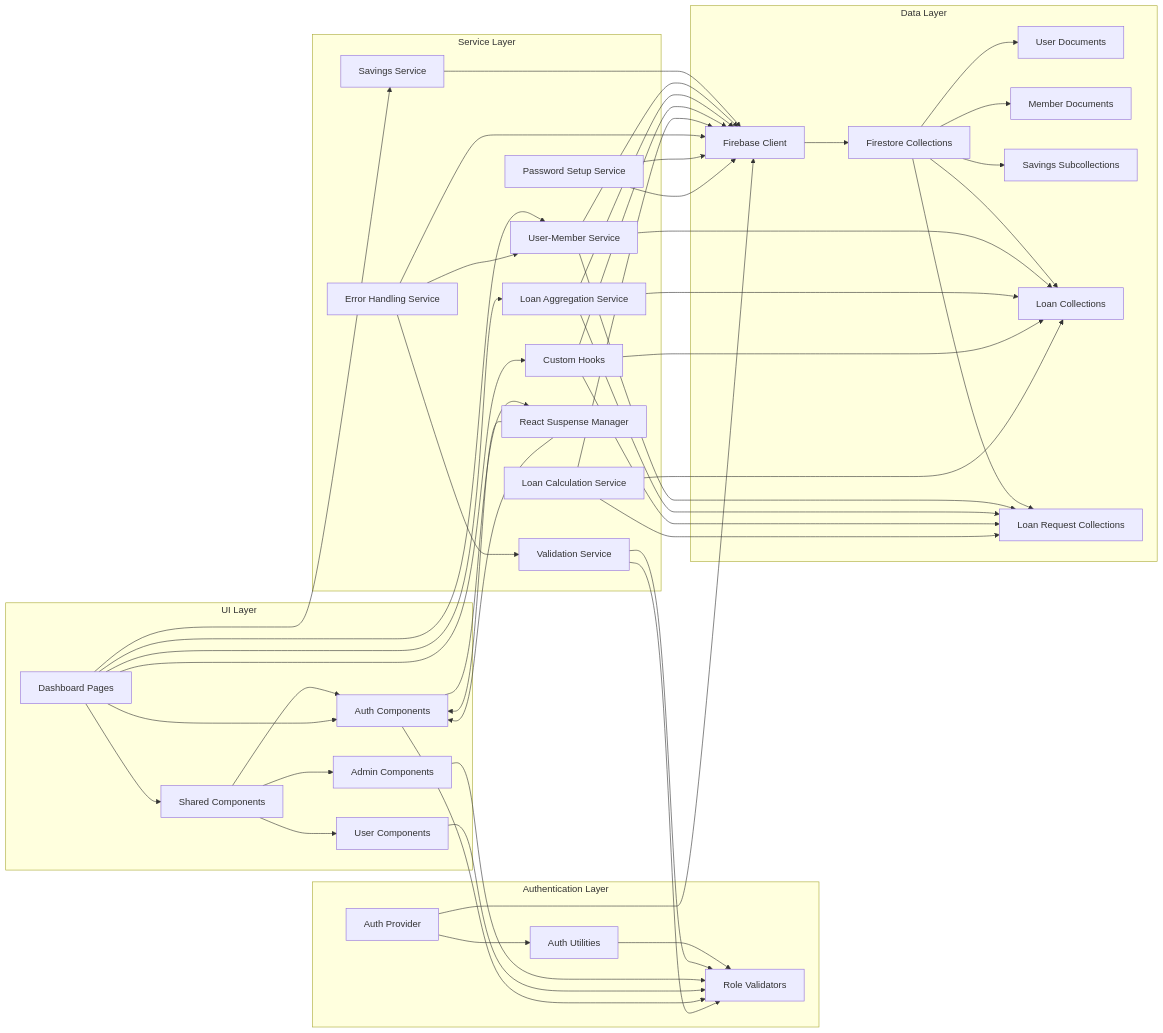
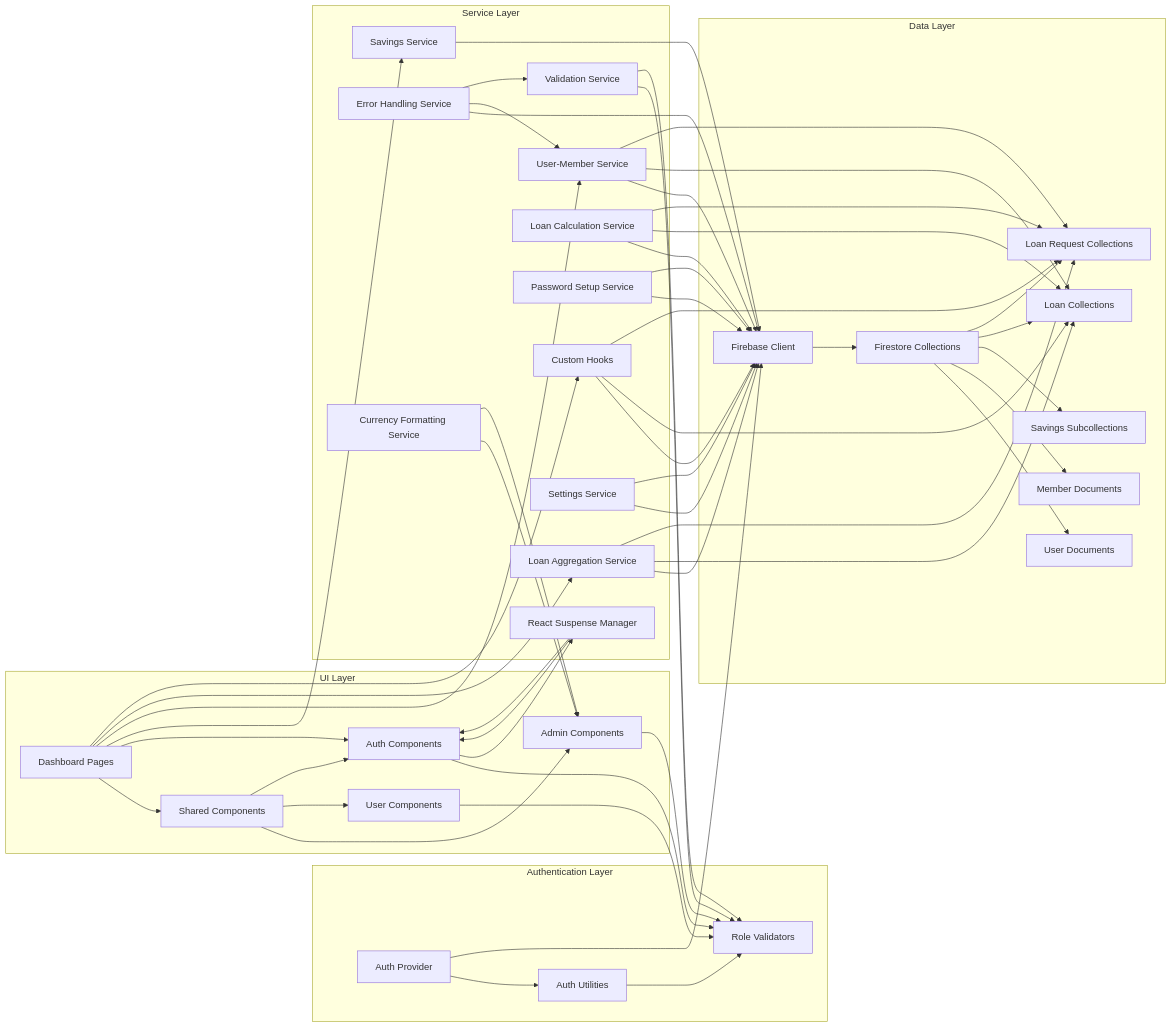
Before and after one commit to Unsure-bry/sampacoop_system: diagram 15 of 15 in .qoder/repowiki/en/content/Dashboard System.md, drawn with Mermaid. The commit also changed other lines of this file and 3 other files, not shown here.

````diff
--- a/.qoder/repowiki/en/content/Dashboard System.md
+++ b/.qoder/repowiki/en/content/Dashboard System.md
@@ -597,55 +710,59 @@
 ```mermaid
 graph LR
 subgraph "Authentication Layer"
 A[Auth Provider] --> B[Auth Utilities]
 B --> C[Role Validators]
 end
 subgraph "Data Layer"
 D[Firebase Client] --> E[Firestore Collections]
 E --> F[User Documents]
 E --> G[Member Documents]
 E --> H[Savings Subcollections]
 E --> I[Loan Collections]
 E --> J[Loan Request Collections]
 end
 subgraph "UI Layer"
 K[Dashboard Pages] --> L[Shared Components]
 L --> M[Admin Components]
 L --> N[User Components]
 L --> O[Auth Components]
 end
 subgraph "Service Layer"
 P[Savings Service] --> D
 Q[User-Member Service] --> D
 R[Loan Aggregation Service] --> D
 S[Custom Hooks] --> D
 T[Validation Service] --> C
 U[Loan Calculation Service] --> D
 V[Error Handling Service] --> D
 W[Password Setup Service] --> D
 X[React Suspense Manager] --> O
+Y[Settings Service] --> D
+Z[Currency Formatting Service] --> M
 end
 A --> D
 K --> O
 K --> P
 K --> Q
 K --> R
 K --> S
 M --> C
 N --> C
 O --> C
 O --> X
 Q --> I
 Q --> J
 R --> I
 R --> J
 S --> I
 S --> J
 T --> C
 U --> I
 U --> J
 V --> Q
 V --> T
 W --> D
 X --> O
+Y --> D
+Z --> M
 ```
````
